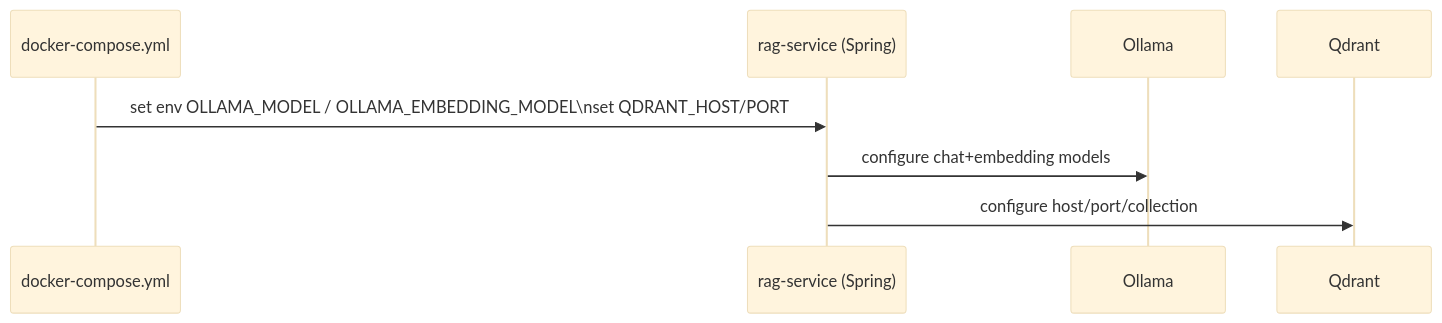
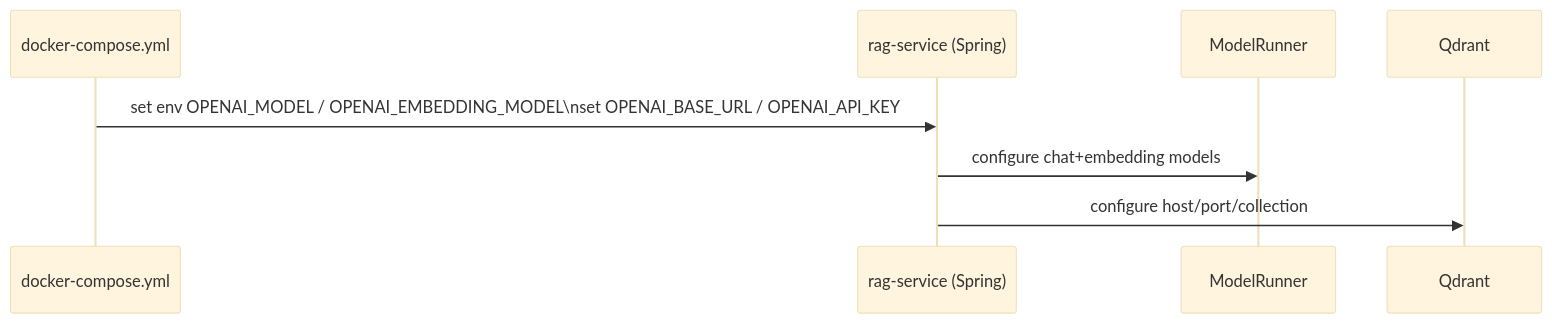
The fourth of 4 diagrams in docs/rag-call-flow.md (dbeaumont/knowledge-app), drawn with Mermaid (base theme) before and after one commit. The commit also changed other lines of this file and 56 other files, not shown here.

````diff
--- a/docs/rag-call-flow.md
+++ b/docs/rag-call-flow.md
@@ -78,11 +87,11 @@
 ```mermaid
 sequenceDiagram
     participant Compose as docker-compose.yml
     participant RagApp as rag-service (Spring)
-    participant Ollama
+    participant ModelRunner
     participant Qdrant
 
-    Compose->>RagApp: set env OLLAMA_MODEL / OLLAMA_EMBEDDING_MODEL\nset QDRANT_HOST/PORT
-    RagApp->>Ollama: configure chat+embedding models
+    Compose->>RagApp: set env OPENAI_MODEL / OPENAI_EMBEDDING_MODEL\nset OPENAI_BASE_URL / OPENAI_API_KEY
+    RagApp->>ModelRunner: configure chat+embedding models
     RagApp->>Qdrant: configure host/port/collection
 ```
````
